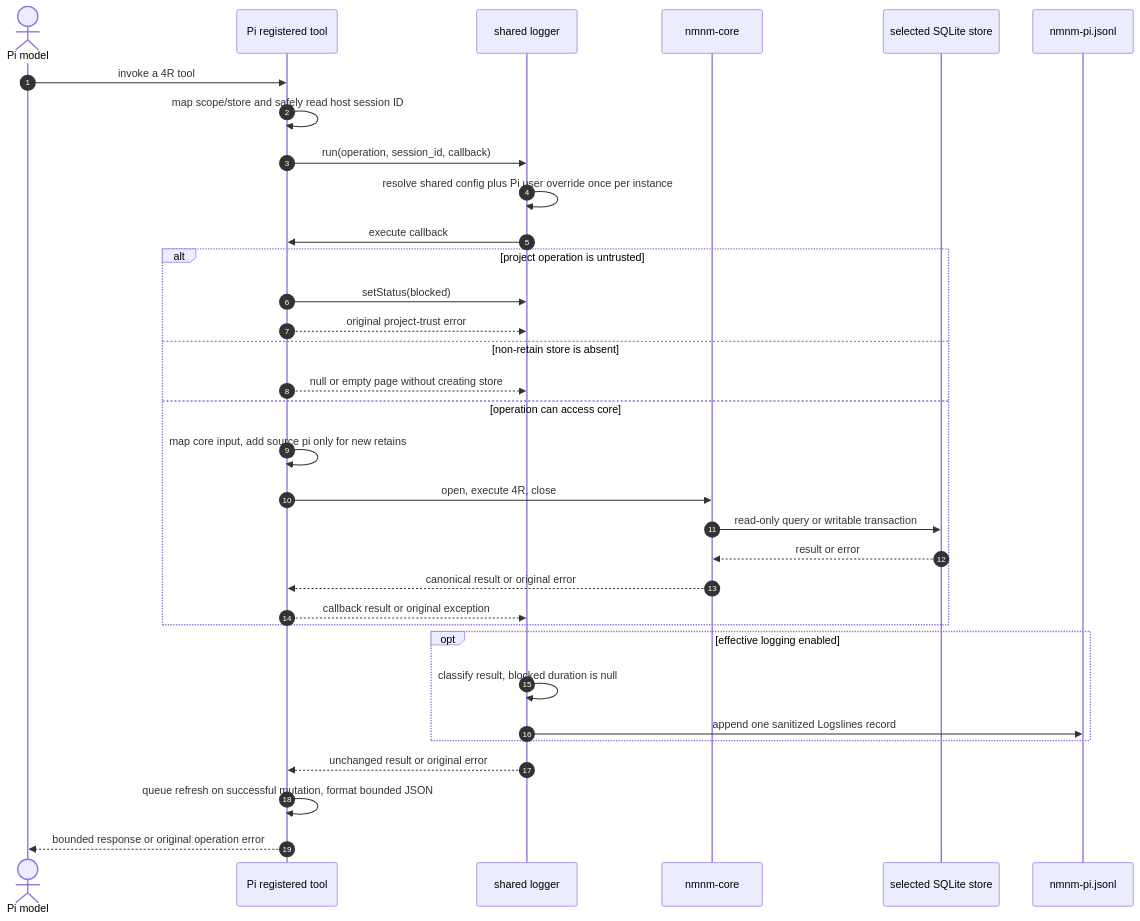
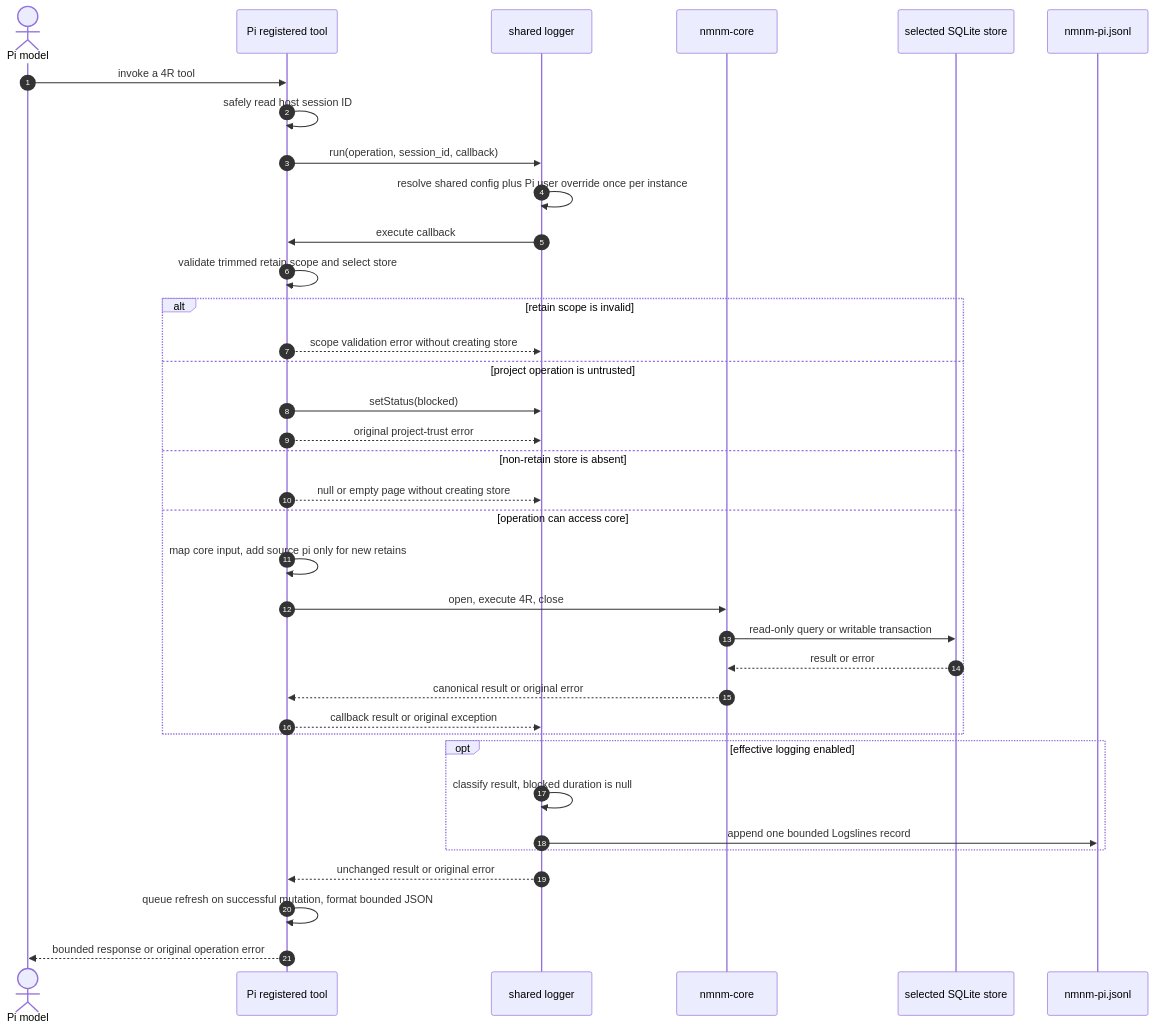
One commit to linellazatin/nanomneme changed the fourth of 7 diagrams in docs/SEQUENCE_MEMORY_HANDLING.md. Above: the diagram before and after it, drawn with Mermaid. The commit also changed other lines of this file, not shown here.

Commit message:
docs: align memory flow diagrams and observation boundaries

````diff
--- a/docs/SEQUENCE_MEMORY_HANDLING.md
+++ b/docs/SEQUENCE_MEMORY_HANDLING.md
@@ -122,36 +183,39 @@
 ```mermaid
 sequenceDiagram
   autonumber
   actor Model as Pi model
   participant Tool as Pi registered tool
   participant Logger as shared logger
   participant Core as nmnm-core
   participant DB as selected SQLite store
   participant Log as nmnm-pi.jsonl
 
   Model->>Tool: invoke a 4R tool
-  Tool->>Tool: map scope/store and safely read host session ID
+  Tool->>Tool: safely read host session ID
   Tool->>Logger: run(operation, session_id, callback)
   Logger->>Logger: resolve shared config plus Pi user override once per instance
   Logger->>Tool: execute callback
-  alt project operation is untrusted
+  Tool->>Tool: validate trimmed retain scope and select store
+  alt retain scope is invalid
+    Tool-->>Logger: scope validation error without creating store
+  else project operation is untrusted
     Tool->>Logger: setStatus(blocked)
     Tool-->>Logger: original project-trust error
   else non-retain store is absent
     Tool-->>Logger: null or empty page without creating store
   else operation can access core
     Tool->>Tool: map core input, add source pi only for new retains
     Tool->>Core: open, execute 4R, close
     Core->>DB: read-only query or writable transaction
     DB-->>Core: result or error
     Core-->>Tool: canonical result or original error
     Tool-->>Logger: callback result or original exception
   end
   opt effective logging enabled
     Logger->>Logger: classify result, blocked duration is null
-    Logger->>Log: append one sanitized Logslines record
+    Logger->>Log: append one bounded Logslines record
   end
   Logger-->>Tool: unchanged result or original error
   Tool->>Tool: queue refresh on successful mutation, format bounded JSON
   Tool-->>Model: bounded response or original operation error
 ```
````
